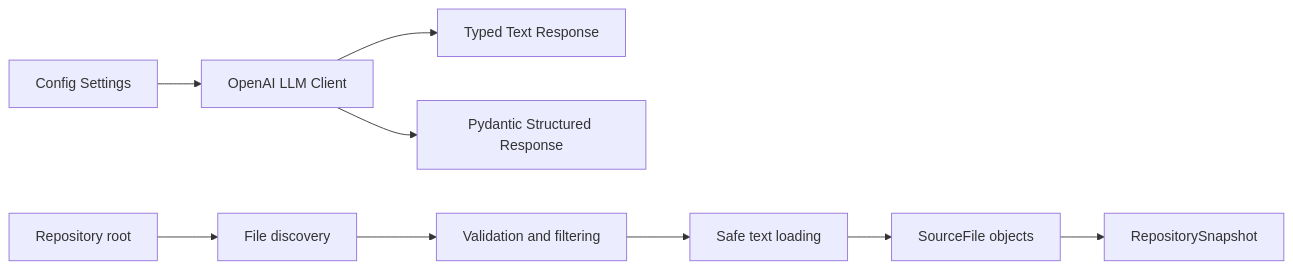
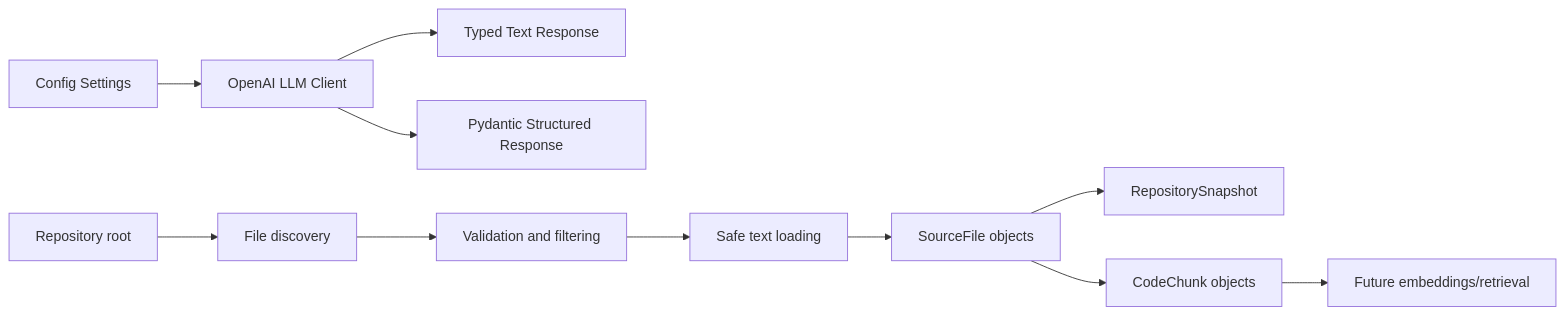
One commit to phenstee/RepoMind changed the diagram in README.md. Above: the diagram before and after it, drawn with Mermaid. The commit also changed other lines of this file and 5 other files, not shown here.

````diff
--- a/README.md
+++ b/README.md
@@ -93,12 +120,14 @@
 ```mermaid
 flowchart LR
     Settings[Config Settings] --> Client[OpenAI LLM Client]
     Client --> Text[Typed Text Response]
     Client --> Structured[Pydantic Structured Response]
 
     Root[Repository root] --> Discovery[File discovery]
     Discovery --> Filter[Validation and filtering]
     Filter --> Load[Safe text loading]
     Load --> Source[SourceFile objects]
     Source --> Snapshot[RepositorySnapshot]
+    Source --> Chunk[CodeChunk objects]
+    Chunk --> Future[Future embeddings/retrieval]
 ```
````
